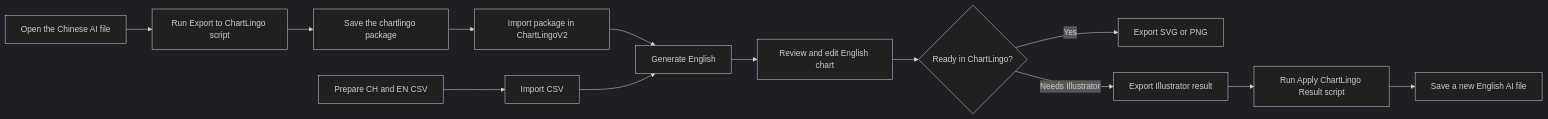
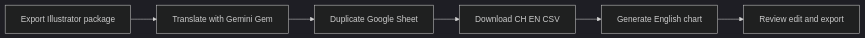
Before and after one commit to yuchej/ChartLingo: the diagram in chartlingoV2/USER_GUIDE.md, drawn with Mermaid (dark theme). The commit also changed other lines of this file, not shown here.

Commit message:
Simplify ChartLingoV2 team guide

````diff
--- a/chartlingoV2/USER_GUIDE.md
+++ b/chartlingoV2/USER_GUIDE.md
@@ -18,15 +16,8 @@
 ```mermaid
 flowchart LR
-    A[Open the Chinese AI file] --> B[Run Export to ChartLingo script]
-    B --> C[Save the chartlingo package]
-    C --> D[Import package in ChartLingoV2]
-    E[Prepare CH and EN CSV] --> F[Import CSV]
-    D --> G[Generate English]
-    F --> G
-    G --> H[Review and edit English chart]
-    H --> I{Ready in ChartLingo?}
-    I -- Yes --> J[Export SVG or PNG]
-    I -- Needs Illustrator --> K[Export Illustrator result]
-    K --> L[Run Apply ChartLingo Result script]
-    L --> M[Save a new English AI file]
+    A[Export Illustrator package] --> B[Translate with Gemini Gem]
+    B --> C[Duplicate Google Sheet]
+    C --> D[Download CH EN CSV]
+    D --> E[Generate English chart]
+    E --> F[Review edit and export]
 ```
````
